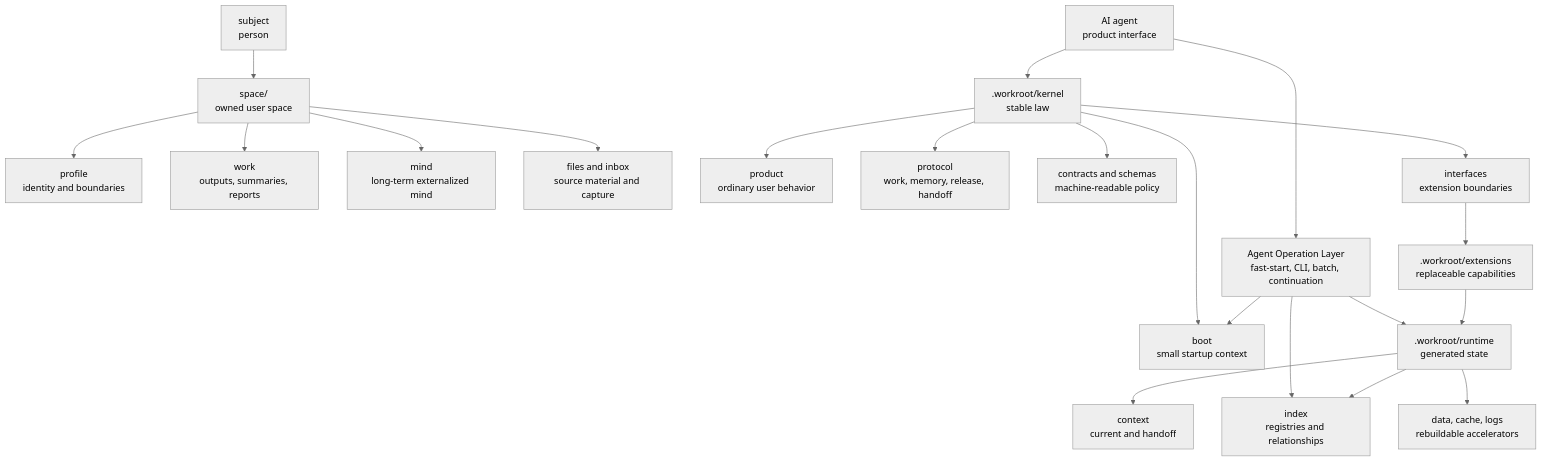
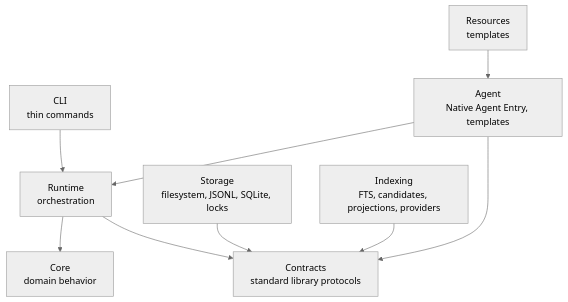
One commit to ai-workroot/ai-workroot changed the second of 6 diagrams in docs/architecture-map.md. Above: the diagram before and after it, drawn with Mermaid (neutral theme). The commit also changed other lines of this file and 19 other files, not shown here.

Commit message:
Align public docs with Clean Workroot architecture

````diff
--- a/docs/architecture-map.md
+++ b/docs/architecture-map.md
@@ -30,25 +38,11 @@
 ```mermaid
 flowchart TB
-  Human[subject<br/>person] --> Space[space/<br/>owned user space]
-  Space --> Profile[profile<br/>identity and boundaries]
-  Space --> VisibleWork[work<br/>outputs, summaries, reports]
-  Space --> Mind[mind<br/>long-term externalized mind]
-  Space --> Files[files and inbox<br/>source material and capture]
-
-  Agent[AI agent<br/>product interface] --> Kernel[.workroot/kernel<br/>stable law]
-  Agent --> Ops[Agent Operation Layer<br/>fast-start, CLI, batch, continuation]
-  Kernel --> Boot[boot<br/>small startup context]
-  Kernel --> Product[product<br/>ordinary user behavior]
-  Kernel --> Protocol[protocol<br/>work, memory, release, handoff]
-  Kernel --> Contracts[contracts and schemas<br/>machine-readable policy]
-  Kernel --> Interfaces[interfaces<br/>extension boundaries]
-
-  Ops --> Boot
-  Ops --> Registries
-  Ops --> Runtime
-  Interfaces --> Extensions[.workroot/extensions<br/>replaceable capabilities]
-  Extensions --> Runtime[.workroot/runtime<br/>generated state]
-  Runtime --> Context[context<br/>current and handoff]
-  Runtime --> Registries[index<br/>registries and relationships]
-  Runtime --> Stores[data, cache, logs<br/>rebuildable accelerators]
+  CLI[CLI<br/>thin commands] --> Runtime[Runtime<br/>orchestration]
+  Runtime --> Core[Core<br/>domain behavior]
+  Runtime --> Contracts[Contracts<br/>standard library protocols]
+  Storage[Storage<br/>filesystem, JSONL, SQLite, locks] --> Contracts
+  Indexing[Indexing<br/>FTS, candidates, projections, providers] --> Contracts
+  Agent[Agent<br/>Native Agent Entry, templates] --> Contracts
+  Agent --> Runtime
+  Resources[Resources<br/>templates] --> Agent
 ```
````
